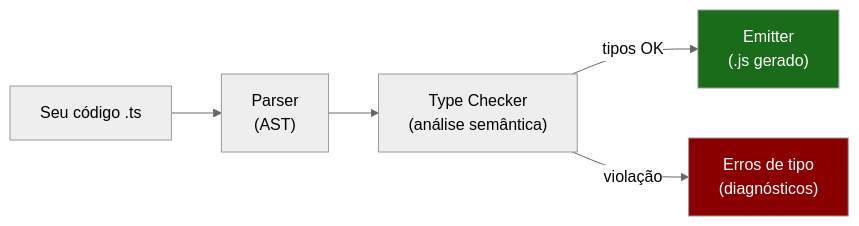
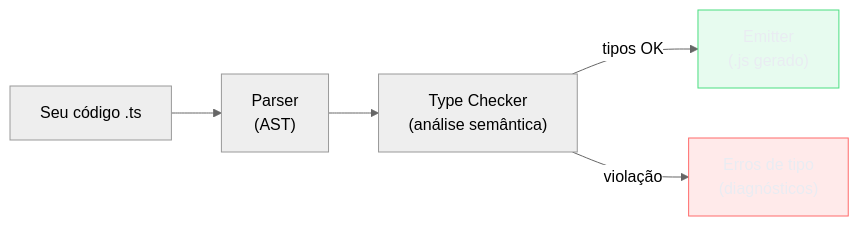
Before and after one commit to josenaldo/codex-technomanticus: the first of 4 diagrams in 03-Dominios/Tecnologia/TypeScript/26 - Lendo o compilador - erros comuns e como decifrar mensagens.md, drawn with Mermaid (neutral theme). The commit also changed other lines of this file and 1181 other files, not shown here.

First line of the commit message:
fix(diagramas): paleta do sistema no lugar de cor cravada no markdown

````diff
--- a/03-Dominios/Tecnologia/TypeScript/26 - Lendo o compilador - erros comuns e como decifrar mensagens.md
+++ b/03-Dominios/Tecnologia/TypeScript/26 - Lendo o compilador - erros comuns e como decifrar mensagens.md
@@ -30,15 +30,17 @@
 ```mermaid
 flowchart LR
+    classDef falha fill:#FF6B6B24,stroke:#FF6B6B,color:#E9ECF2
+    classDef ok fill:#4ADE8021,stroke:#4ADE80,color:#E9ECF2
     SRC["Seu código .ts"]
     PARSE["Parser\n(AST)"]
     CHECKER["Type Checker\n(análise semântica)"]
     EMIT["Emitter\n(.js gerado)"]
     ERR["Erros de tipo\n(diagnósticos)"]
 
     SRC --> PARSE --> CHECKER
     CHECKER -->|"tipos OK"| EMIT
     CHECKER -->|"violação"| ERR
 
-    style ERR fill:#8a0000,color:#fff
-    style EMIT fill:#1a6b1a,color:#fff
+    class ERR falha
+    class EMIT ok
 ```
````
